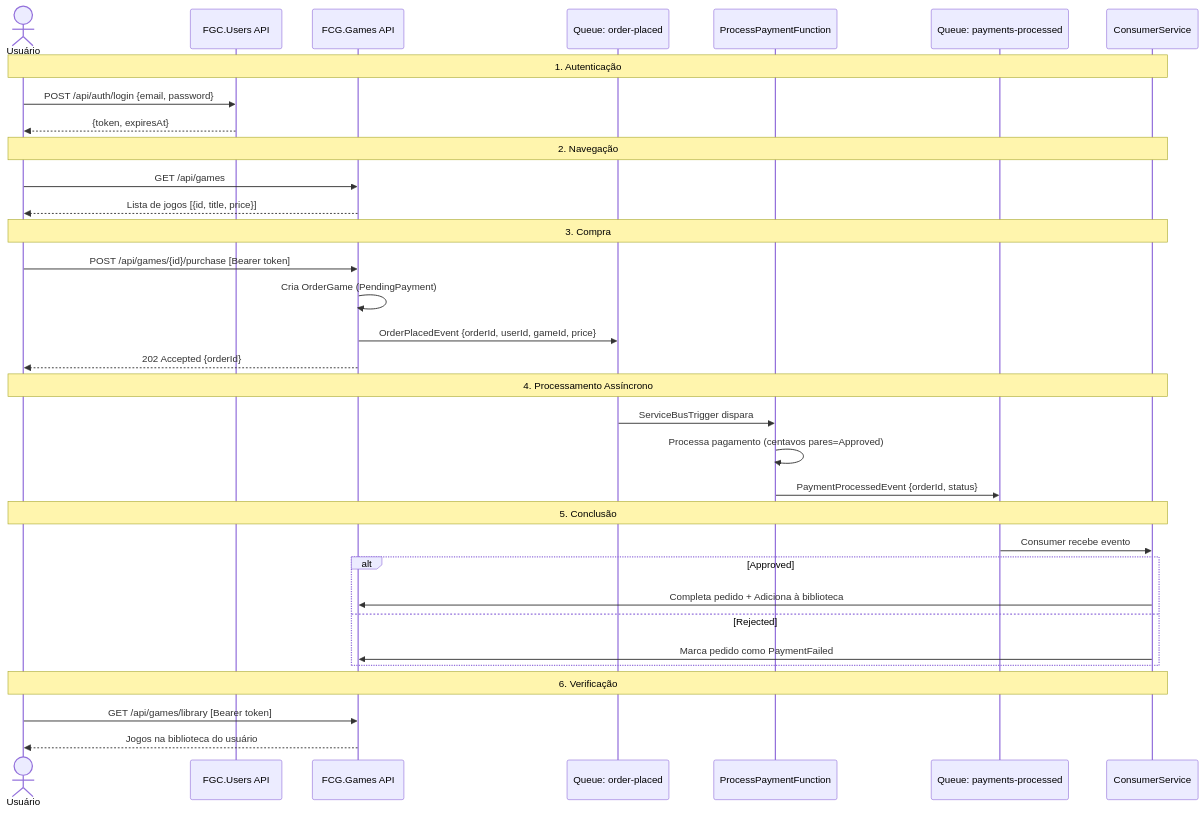
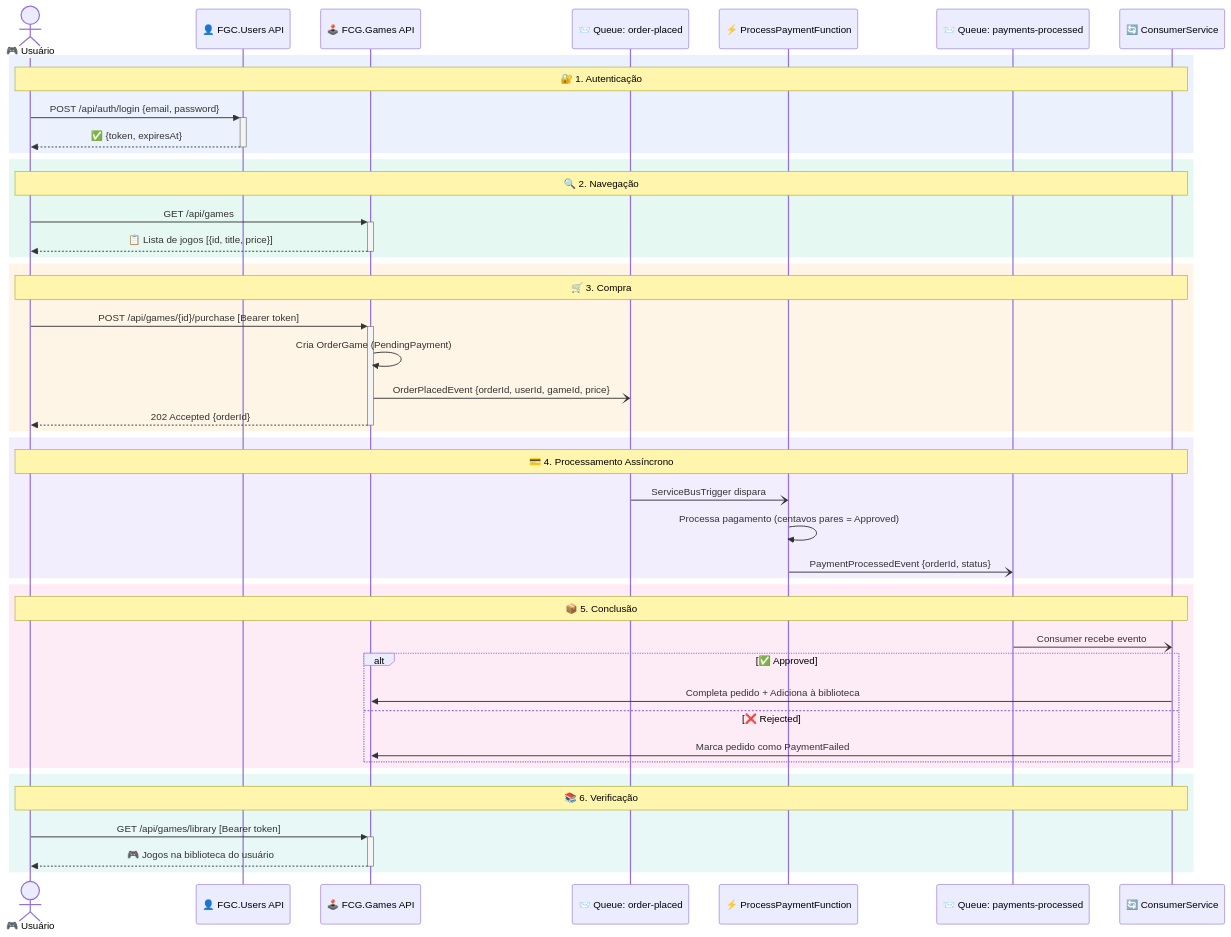
One commit to Joao-Peu/FCG.Payments changed the third of 7 diagrams in docs/ARCHITECTURE.md. Above: the diagram before and after it, drawn with Mermaid. The commit also changed 3 other files, not shown here.

Commit message:
fix: processamento pagamento e readme

````diff
--- a/docs/ARCHITECTURE.md
+++ b/docs/ARCHITECTURE.md
@@ -90,41 +90,53 @@
 ```mermaid
 sequenceDiagram
-    actor U as Usuário
-    participant UA as FGC.Users API
-    participant GA as FCG.Games API
-    participant Q1 as Queue: order-placed
-    participant PF as ProcessPaymentFunction
-    participant Q2 as Queue: payments-processed
-    participant CS as ConsumerService
+    actor U as 🎮 Usuário
+    participant UA as 👤 FGC.Users API
+    participant GA as 🕹️ FCG.Games API
+    participant Q1 as 📨 Queue: order-placed
+    participant PF as ⚡ ProcessPaymentFunction
+    participant Q2 as 📨 Queue: payments-processed
+    participant CS as 🔄 ConsumerService
 
-    Note over U,CS: 1. Autenticação
-    U->>UA: POST /api/auth/login {email, password}
-    UA-->>U: {token, expiresAt}
-
-    Note over U,CS: 2. Navegação
-    U->>GA: GET /api/games
-    GA-->>U: Lista de jogos [{id, title, price}]
-
-    Note over U,CS: 3. Compra
-    U->>GA: POST /api/games/{id}/purchase [Bearer token]
-    GA->>GA: Cria OrderGame (PendingPayment)
-    GA->>Q1: OrderPlacedEvent {orderId, userId, gameId, price}
-    GA-->>U: 202 Accepted {orderId}
-
-    Note over U,CS: 4. Processamento Assíncrono
-    Q1->>PF: ServiceBusTrigger dispara
-    PF->>PF: Processa pagamento (centavos pares=Approved)
-    PF->>Q2: PaymentProcessedEvent {orderId, status}
-
-    Note over U,CS: 5. Conclusão
-    Q2->>CS: Consumer recebe evento
-    alt Approved
-        CS->>GA: Completa pedido + Adiciona à biblioteca
-    else Rejected
-        CS->>GA: Marca pedido como PaymentFailed
+    rect rgb(59, 130, 246, 0.1)
+        Note over U,CS: 🔐 1. Autenticação
+        U->>+UA: POST /api/auth/login {email, password}
+        UA-->>-U: ✅ {token, expiresAt}
     end
 
-    Note over U,CS: 6. Verificação
-    U->>GA: GET /api/games/library [Bearer token]
-    GA-->>U: Jogos na biblioteca do usuário
+    rect rgb(16, 185, 129, 0.1)
+        Note over U,CS: 🔍 2. Navegação
+        U->>+GA: GET /api/games
+        GA-->>-U: 📋 Lista de jogos [{id, title, price}]
+    end
+
+    rect rgb(245, 158, 11, 0.1)
+        Note over U,CS: 🛒 3. Compra
+        U->>+GA: POST /api/games/{id}/purchase [Bearer token]
+        GA->>GA: Cria OrderGame (PendingPayment)
+        GA-)Q1: OrderPlacedEvent {orderId, userId, gameId, price}
+        GA-->>-U: 202 Accepted {orderId}
+    end
+
+    rect rgb(139, 92, 246, 0.1)
+        Note over U,CS: 💳 4. Processamento Assíncrono
+        Q1-)PF: ServiceBusTrigger dispara
+        PF->>PF: Processa pagamento (centavos pares = Approved)
+        PF-)Q2: PaymentProcessedEvent {orderId, status}
+    end
+
+    rect rgb(236, 72, 153, 0.1)
+        Note over U,CS: 📦 5. Conclusão
+        Q2-)CS: Consumer recebe evento
+        alt ✅ Approved
+            CS->>GA: Completa pedido + Adiciona à biblioteca
+        else ❌ Rejected
+            CS->>GA: Marca pedido como PaymentFailed
+        end
+    end
+
+    rect rgb(20, 184, 166, 0.1)
+        Note over U,CS: 📚 6. Verificação
+        U->>+GA: GET /api/games/library [Bearer token]
+        GA-->>-U: 🎮 Jogos na biblioteca do usuário
+    end
 ```
````
